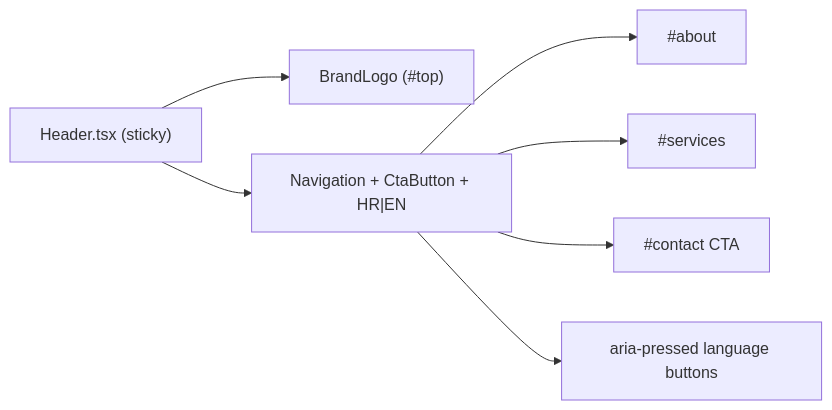
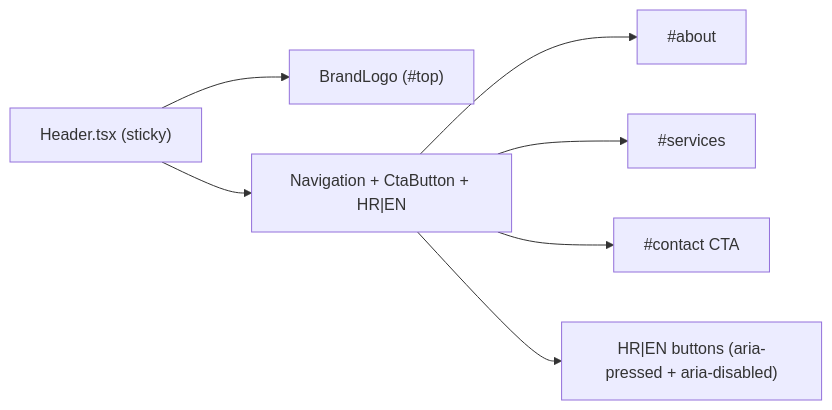
The diagram in lode/ui/header-layout.md (ipavic933-spec/website-pavic), drawn with Mermaid before and after one commit. The commit also changed other lines of this file and 11 other files, not shown here.

````diff
--- a/lode/ui/header-layout.md
+++ b/lode/ui/header-layout.md
@@ -12,9 +12,9 @@
 ```mermaid
 flowchart LR
   Header["Header.tsx (sticky)"] --> Left["BrandLogo (#top)"]
   Header --> Right["Navigation + CtaButton + HR|EN"]
   Right --> About["#about"]
   Right --> Services["#services"]
   Right --> ContactAnchor["#contact CTA"]
-  Right --> Language["aria-pressed language buttons"]
+  Right --> Language["HR|EN buttons (aria-pressed + aria-disabled)"]
 ```
````
